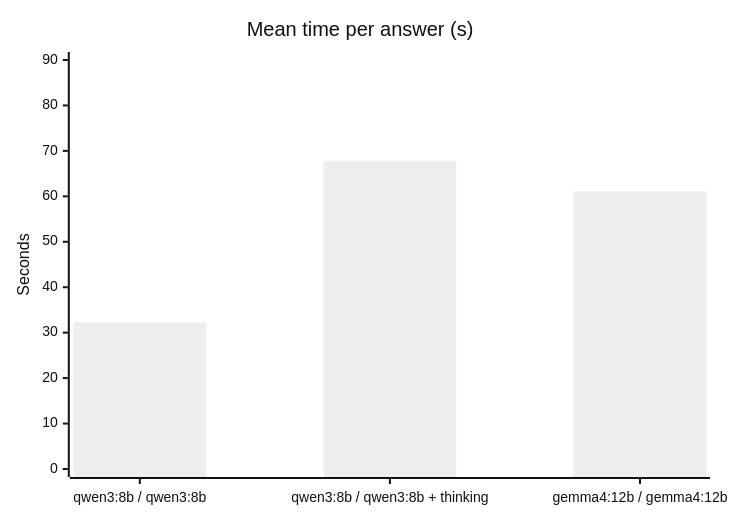
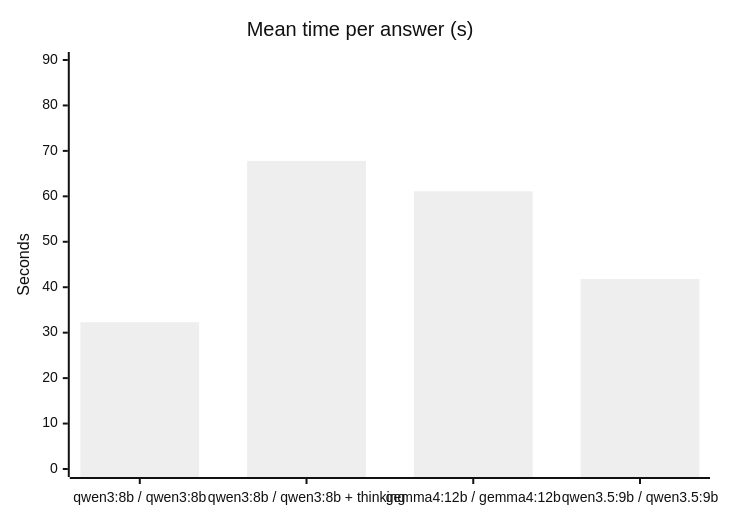
The fourth of 4 diagrams in docs/benchmarks.md (sdeparte/kb-meeting-agent), drawn with Mermaid (neutral theme) before and after one commit. The commit also changed other lines of this file, not shown here.

Commit message:
docs(bench): qwen3.5:9b alone

````diff
--- a/docs/benchmarks.md
+++ b/docs/benchmarks.md
@@ -109,7 +110,7 @@
 ```mermaid
 xychart-beta
   title "Mean time per answer (s)"
-  x-axis ["qwen3:8b / qwen3:8b", "qwen3:8b / qwen3:8b + thinking", "gemma4:12b / gemma4:12b"]
+  x-axis ["qwen3:8b / qwen3:8b", "qwen3:8b / qwen3:8b + thinking", "gemma4:12b / gemma4:12b", "qwen3.5:9b / qwen3.5:9b"]
   y-axis "Seconds" 0 --> 90
-  bar [32.3, 67.8, 61.1]
+  bar [32.3, 67.8, 61.1, 41.8]
 ```
````
